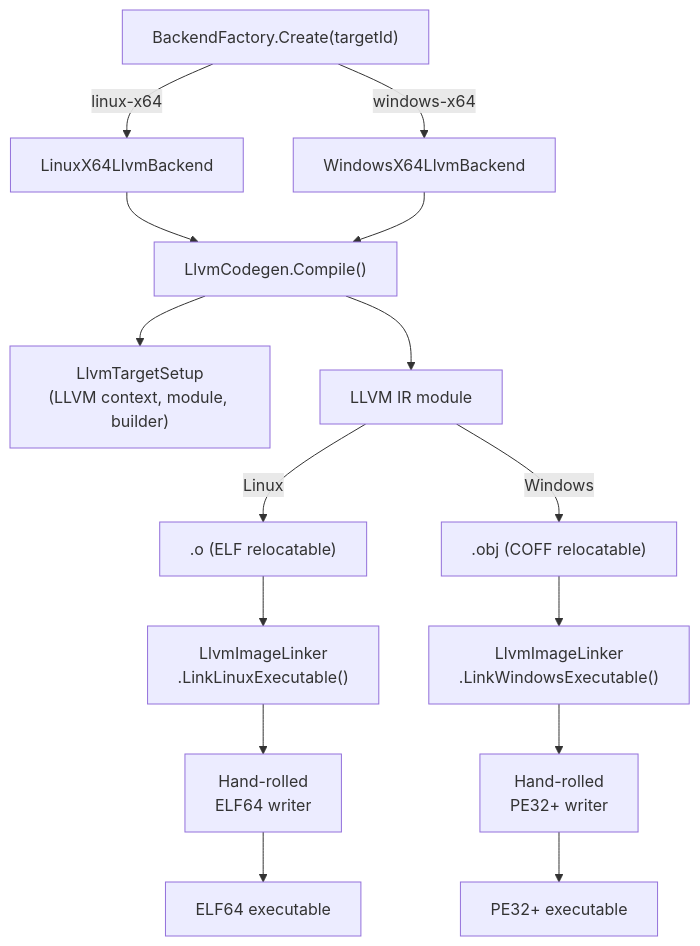
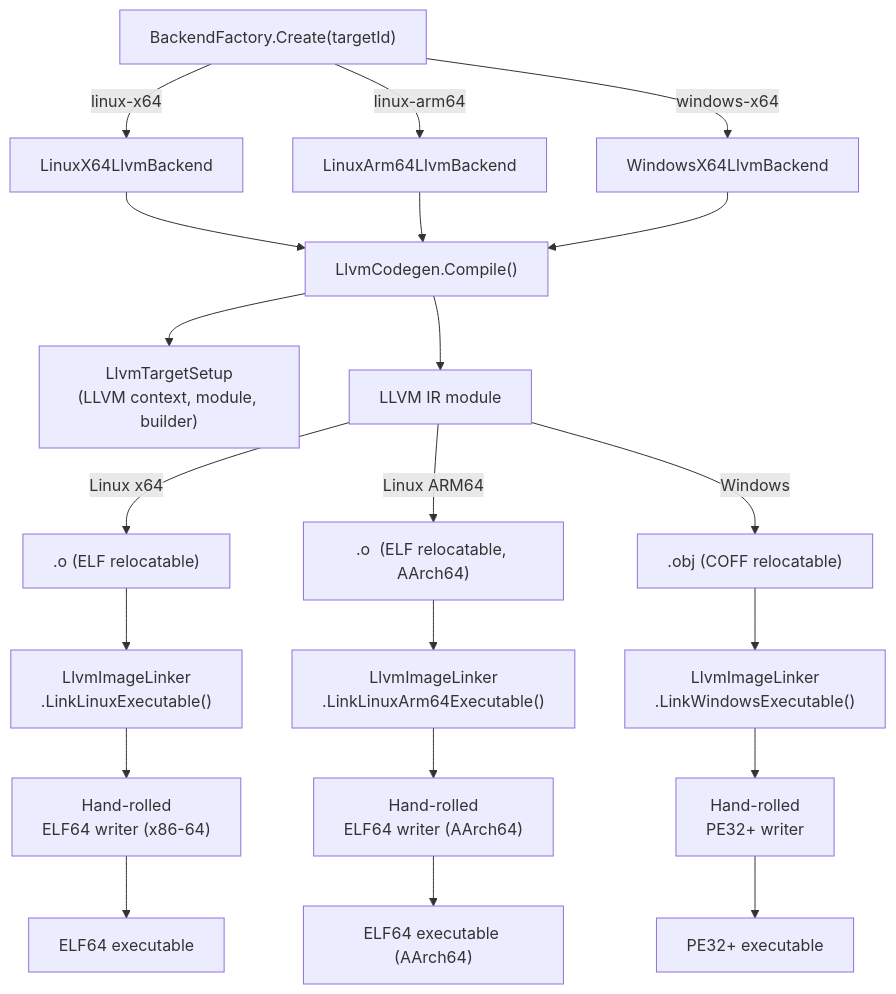
Before and after one commit to MattiasHognas/Ashes: the third of 3 diagrams in docs/ARCHITECTURE.md, drawn with Mermaid. The commit also changed other lines of this file and 3 other files, not shown here.

First line of the commit message:
Update CI workflows with linux-arm64 support, fix formatting, use arch-specific artifact paths, update ARCHITECTURE.md

````diff
--- a/docs/ARCHITECTURE.md
+++ b/docs/ARCHITECTURE.md
@@ -94,30 +94,40 @@
 ```mermaid
 flowchart TD
     Factory["BackendFactory.Create(targetId)"]
     Linux["LinuxX64LlvmBackend"]
+    LinuxArm64["LinuxArm64LlvmBackend"]
     Windows["WindowsX64LlvmBackend"]
     Codegen["LlvmCodegen.Compile()"]
     Setup["LlvmTargetSetup\n(LLVM context, module, builder)"]
     LLVMIR["LLVM IR module"]
     ObjLinux[".o  (ELF relocatable)"]
+    ObjLinuxArm64[".o  (ELF relocatable, AArch64)"]
     ObjWindows[".obj  (COFF relocatable)"]
     LinkerLinux["LlvmImageLinker\n.LinkLinuxExecutable()"]
+    LinkerLinuxArm64["LlvmImageLinker\n.LinkLinuxArm64Executable()"]
     LinkerWindows["LlvmImageLinker\n.LinkWindowsExecutable()"]
-    ElfWriter["Hand-rolled\nELF64 writer"]
+    ElfWriter["Hand-rolled\nELF64 writer (x86-64)"]
+    ElfArm64Writer["Hand-rolled\nELF64 writer (AArch64)"]
     PeWriter["Hand-rolled\nPE32+ writer"]
     ELF["ELF64 executable"]
+    ELFArm64["ELF64 executable (AArch64)"]
     PE["PE32+ executable"]
 
     Factory -->|"linux-x64"| Linux
+    Factory -->|"linux-arm64"| LinuxArm64
     Factory -->|"windows-x64"| Windows
     Linux --> Codegen
+    LinuxArm64 --> Codegen
     Windows --> Codegen
     Codegen --> Setup
     Codegen --> LLVMIR
-    LLVMIR -->|Linux| ObjLinux
+    LLVMIR -->|Linux x64| ObjLinux
+    LLVMIR -->|Linux ARM64| ObjLinuxArm64
     LLVMIR -->|Windows| ObjWindows
     ObjLinux --> LinkerLinux
+    ObjLinuxArm64 --> LinkerLinuxArm64
     ObjWindows --> LinkerWindows
     LinkerLinux --> ElfWriter --> ELF
+    LinkerLinuxArm64 --> ElfArm64Writer --> ELFArm64
     LinkerWindows --> PeWriter --> PE
 ```
````
